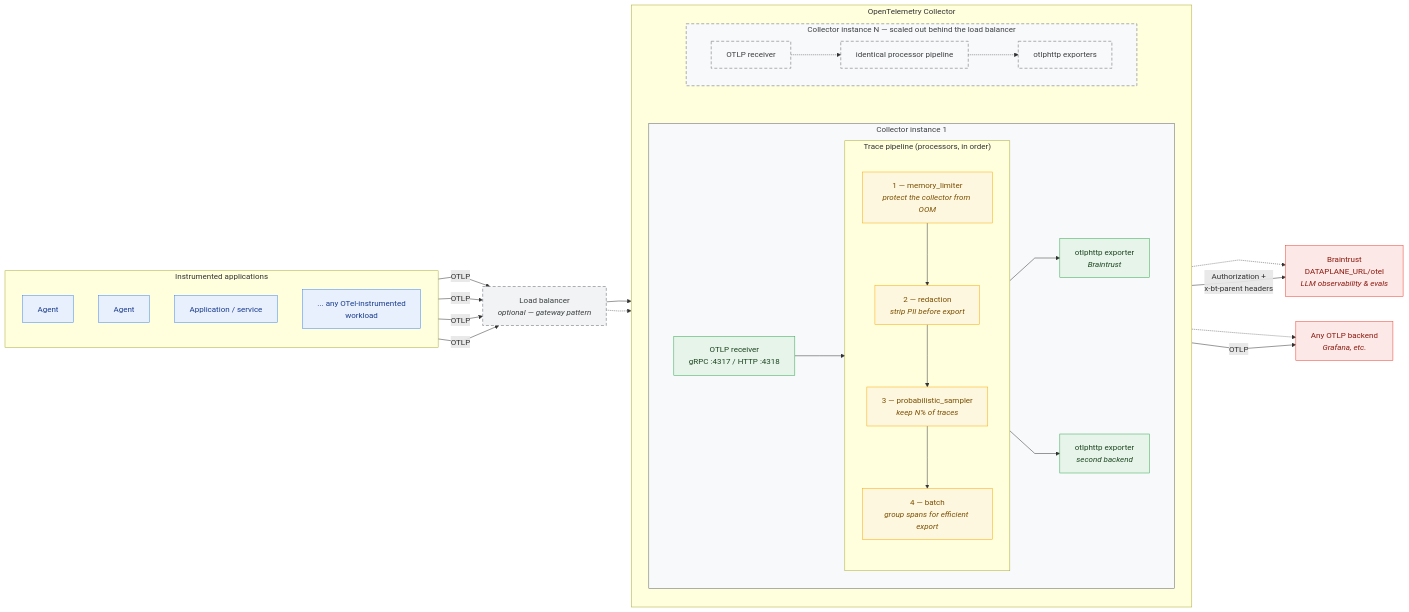
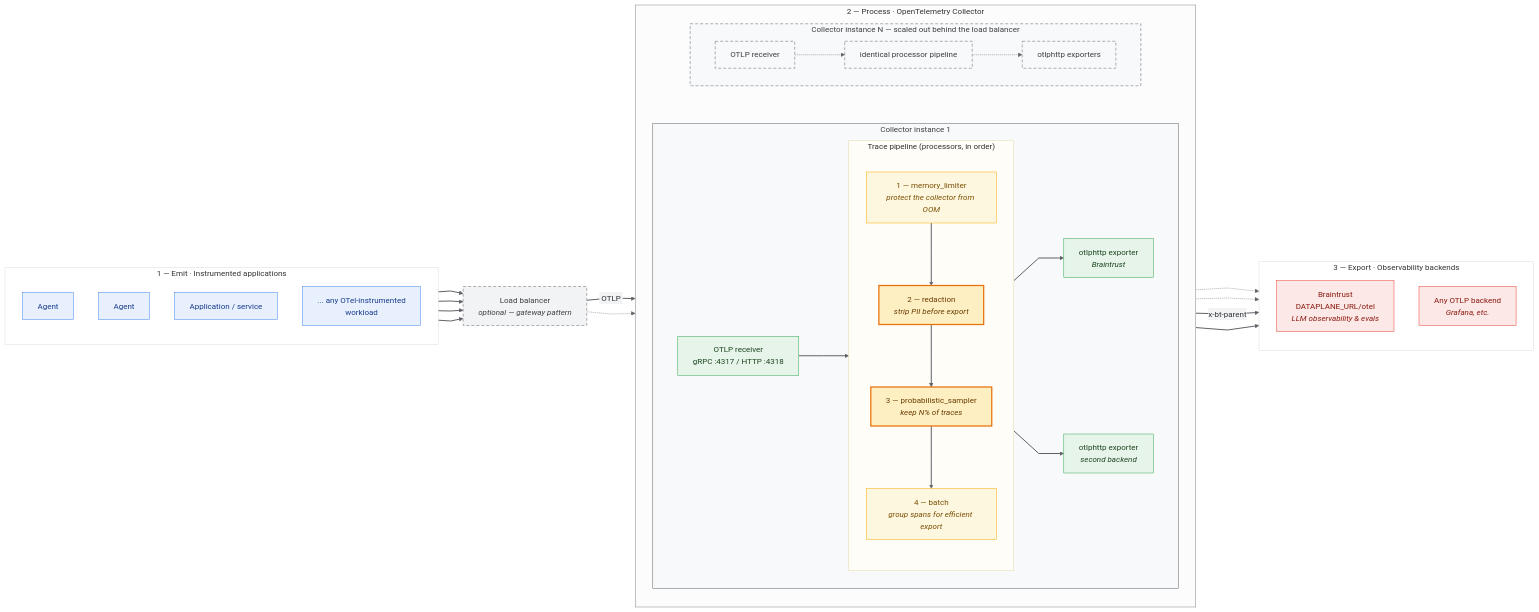
Before and after one commit to slavinnj-bt/braintrust-otelcol-patterns: the diagram in README.md, drawn with Mermaid. The commit also changed other lines of this file and 4 other files, not shown here.

Commit message:
Update diagrams

````diff
--- a/README.md
+++ b/README.md
@@ -23,7 +23,7 @@
 ```mermaid
-%%{init: {"flowchart": {"curve": "linear"}}}%%
+%%{init: {"flowchart": {"curve": "linear"}, "themeVariables": {"fontFamily": "Helvetica Neue, Arial, sans-serif", "lineColor": "#5f6368", "clusterBkg": "#ffffff", "clusterBorder": "#dadce0", "edgeLabelBackground": "#f1f3f4"}}}%%
 flowchart LR
-    subgraph apps["Instrumented applications"]
+    subgraph apps["1 — Emit · Instrumented applications"]
         direction TB
         a1["Agent"]
         a2["Agent"]
@@ -33,7 +33,7 @@
 
     lb["Load balancer<br/><i>optional — gateway pattern</i>"]
 
-    subgraph col["OpenTelemetry Collector"]
+    subgraph col["2 — Process · OpenTelemetry Collector"]
         direction TB
         subgraph inst1["Collector instance 1"]
             direction LR
@@ -62,32 +62,45 @@
         colN ~~~ inst1
     end
 
-    bt["Braintrust<br/>DATAPLANE_URL/otel<br/><i>LLM observability & evals</i>"]
-    other["Any OTLP backend<br/><i>Grafana, etc.</i>"]
+    subgraph backends["3 — Export · Observability backends"]
+        direction TB
+        bt["Braintrust<br/>DATAPLANE_URL/otel<br/><i>LLM observability & evals</i>"]
+        other["Any OTLP backend<br/><i>Grafana, etc.</i>"]
+    end
 
-    a1 -- OTLP --> lb
-    a2 -- OTLP --> lb
-    a3 -- OTLP --> lb
-    aN -- OTLP --> lb
-    lb --> recv
+    a1 --> lb
+    a2 --> lb
+    a3 --> lb
+    aN --> lb
+    lb -- "&nbsp;OTLP&nbsp;" --> recv
     lb -.-> recvN
     expN -.-> bt
     expN -.-> other
-    e1 -- "Authorization +<br/>x-bt-parent headers" --> bt
-    e2 -- OTLP --> other
+    e1 -- x-bt-parent --> bt
+    e2 --> other
+
+    %% Bold the primary data path; dotted scale-out edges stay thin
+    linkStyle 0,1,2,3,4,5,9,10,11,12,13,17,18 stroke-width:2px
 
     classDef app fill:#e8f0fe,stroke:#4285f4,color:#1a3c8b
     classDef proc fill:#fef7e0,stroke:#f9ab00,color:#7a4f01
+    classDef hero fill:#feefc3,stroke:#e8710a,stroke-width:2.5px,color:#6a3d00
     classDef io fill:#e6f4ea,stroke:#34a853,color:#1e4620
     classDef backend fill:#fce8e6,stroke:#ea4335,color:#8b1a10
     classDef optional fill:#f1f3f4,stroke:#5f6368,color:#3c4043,stroke-dasharray:6 4
     classDef instance fill:#f8f9fa,stroke:#5f6368,color:#3c4043
     classDef instanceN fill:#f8f9fa,stroke:#5f6368,color:#3c4043,stroke-dasharray:6 4
     class a1,a2,a3,aN app
-    class p1,p2,p3,p4 proc
+    class p1,p4 proc
+    class p2,p3 hero
     class recv,e1,e2 io
     class bt,other backend
     class lb optional
     class inst1 instance
     class colN,recvN,procN,expN instanceN
+
+    style apps fill:#ffffff,stroke:#dadce0
+    style col fill:#fcfcfd,stroke:#80868b
+    style backends fill:#ffffff,stroke:#dadce0
+    style pipe fill:#fffdf7,stroke:#e8d9a8
 ```
````
